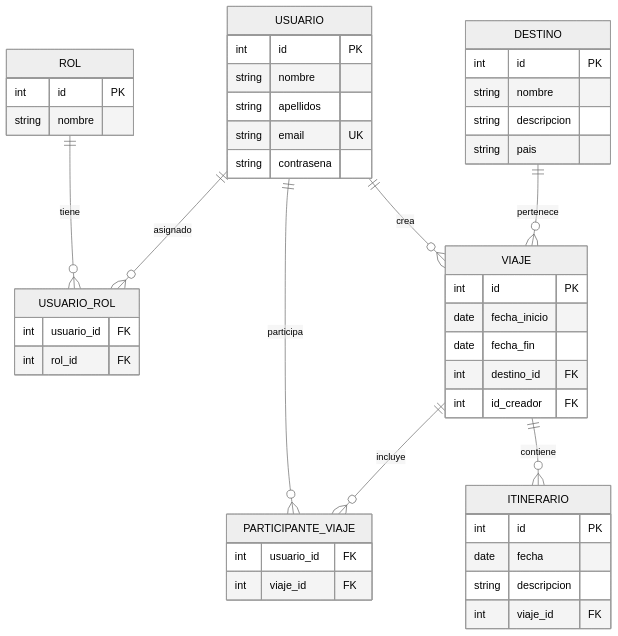
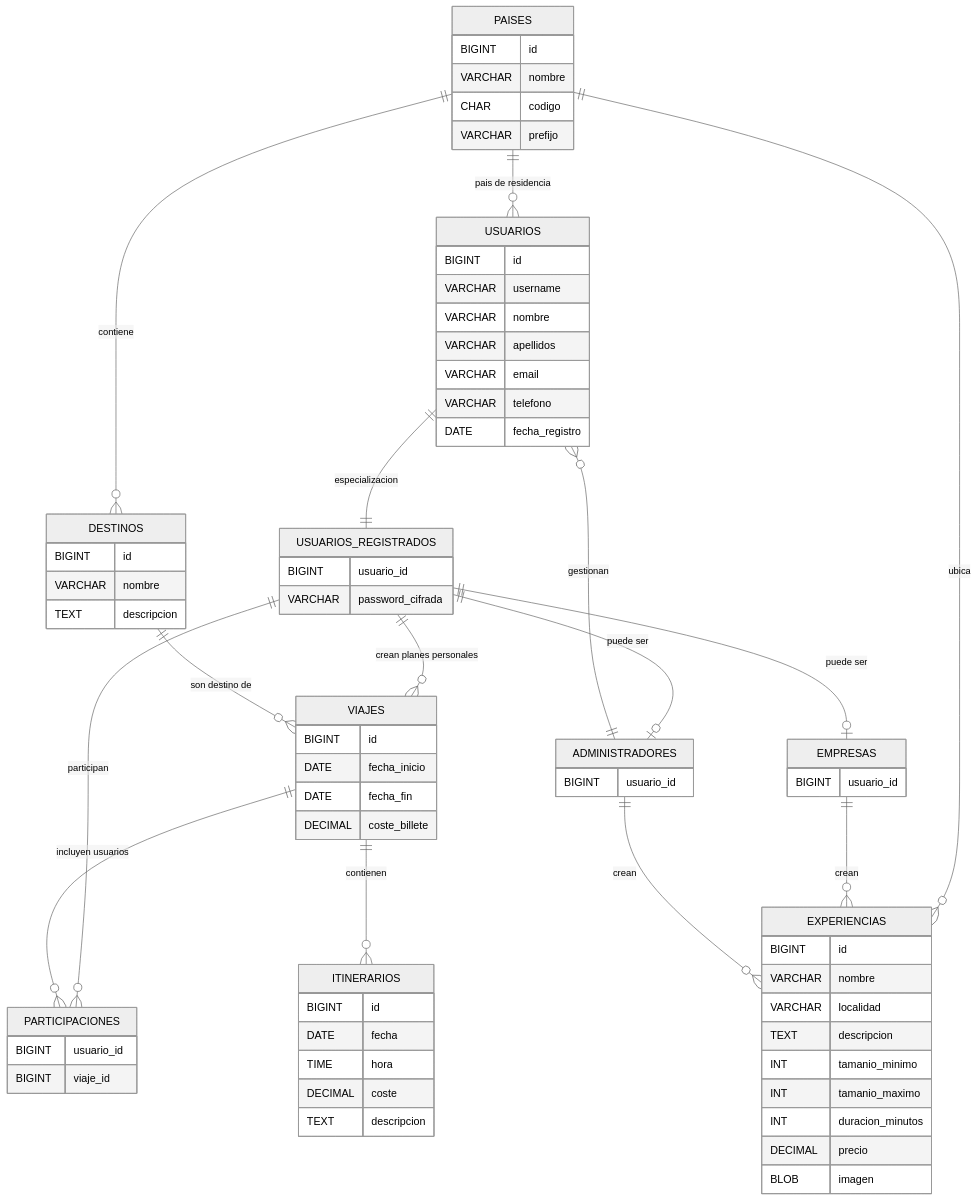
Before and after one commit to Nencro/Proxecto-DAW-2026-Ruben-Barbeito: the third of 3 diagrams in templates/4_Deseño.md, drawn with Mermaid (neutral theme). The commit also changed other lines of this file and 2 other files, not shown here.

````diff
--- a/templates/4_Deseño.md
+++ b/templates/4_Deseño.md
@@ -204,55 +133,88 @@
 ```mermaid
 erDiagram
-    ROL ||--o{ USUARIO_ROL : tiene
-    USUARIO ||--o{ USUARIO_ROL : asignado
-    USUARIO ||--o{ PARTICIPANTE_VIAJE : participa
-    VIAJE ||--o{ PARTICIPANTE_VIAJE : incluye
-    USUARIO ||--o{ VIAJE : crea
-    DESTINO ||--o{ VIAJE : pertenece
-    VIAJE ||--o{ ITINERARIO : contiene
+    PAISES ||--o{ USUARIOS : "pais de residencia"
+    PAISES ||--o{ DESTINOS : "contiene"
+    PAISES ||--o{ EXPERIENCIAS : "ubica"
 
-    ROL {
-        int id PK
-        string nombre
+    USUARIOS_REGISTRADOS ||--o{ VIAJES : "crean planes personales"
+    USUARIOS_REGISTRADOS ||--o{ PARTICIPACIONES : "participan"
+    VIAJES ||--o{ PARTICIPACIONES : "incluyen usuarios"
+    DESTINOS ||--o{ VIAJES : "son destino de"
+    VIAJES ||--o{ ITINERARIOS : "contienen"
+
+    ADMINISTRADORES ||--o{ USUARIOS : "gestionan"
+    EMPRESAS ||--o{ EXPERIENCIAS : "crean"
+    ADMINISTRADORES ||--o{ EXPERIENCIAS : "crean"
+
+    USUARIOS ||--|| USUARIOS_REGISTRADOS : "especializacion"
+    USUARIOS_REGISTRADOS ||--o| EMPRESAS : "puede ser"
+    USUARIOS_REGISTRADOS ||--o| ADMINISTRADORES : "puede ser"
+
+    USUARIOS {
+        BIGINT id
+        VARCHAR username
+        VARCHAR nombre
+        VARCHAR apellidos
+        VARCHAR email
+        VARCHAR telefono
+        DATE fecha_registro
     }
 
-    USUARIO {
-        int id PK
-        string nombre
-        string apellidos
-        string email UK
-        string contrasena
+    USUARIOS_REGISTRADOS {
+        BIGINT usuario_id
+        VARCHAR password_cifrada
     }
 
-    USUARIO_ROL {
-        int usuario_id FK
-        int rol_id FK
+    EMPRESAS {
+        BIGINT usuario_id
     }
 
-    DESTINO {
-        int id PK
-        string nombre
-        string descripcion
-        string pais
+    ADMINISTRADORES {
+        BIGINT usuario_id
     }
 
-    VIAJE {
-        int id PK
-        date fecha_inicio
-        date fecha_fin
-        int destino_id FK
-        int id_creador FK
+    PAISES {
+        BIGINT id
+        VARCHAR nombre
+        CHAR codigo
+        VARCHAR prefijo
     }
 
-    PARTICIPANTE_VIAJE {
-        int usuario_id FK
-        int viaje_id FK
+    DESTINOS {
+        BIGINT id
+        VARCHAR nombre
+        TEXT descripcion
     }
 
-    ITINERARIO {
-        int id PK
-        date fecha
-        string descripcion
-        int viaje_id FK
+    VIAJES {
+        BIGINT id
+        DATE fecha_inicio
+        DATE fecha_fin
+        DECIMAL coste_billete
+    }
+
+    PARTICIPACIONES {
+        BIGINT usuario_id
+        BIGINT viaje_id
+    }
+
+    ITINERARIOS {
+        BIGINT id
+        DATE fecha
+        TIME hora
+        DECIMAL coste
+        TEXT descripcion
+    }
+
+    EXPERIENCIAS {
+        BIGINT id
+        VARCHAR nombre
+        VARCHAR localidad
+        TEXT descripcion
+        INT tamanio_minimo
+        INT tamanio_maximo
+        INT duracion_minutos
+        DECIMAL precio
+        BLOB imagen
     }
 ```
````
